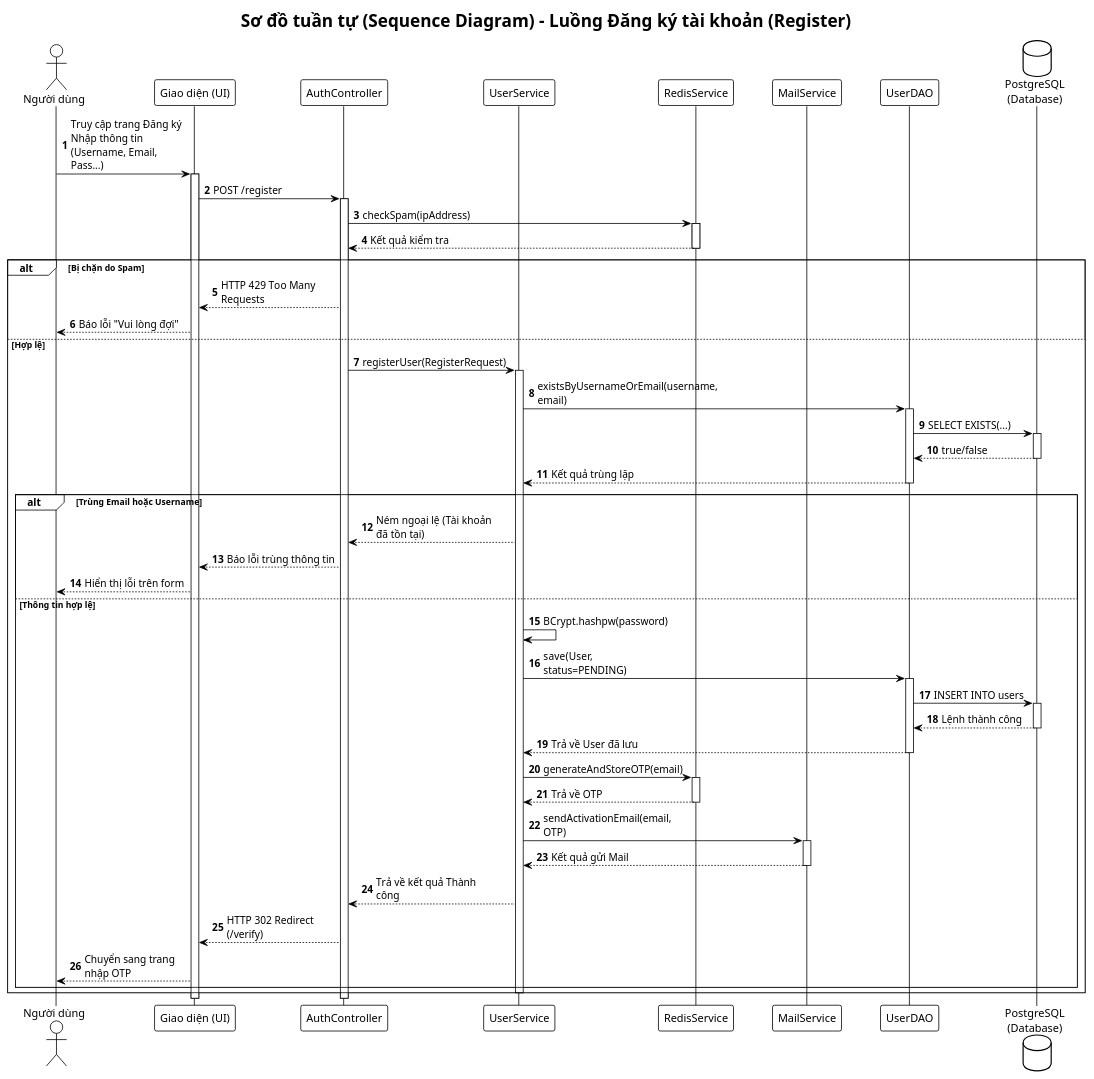
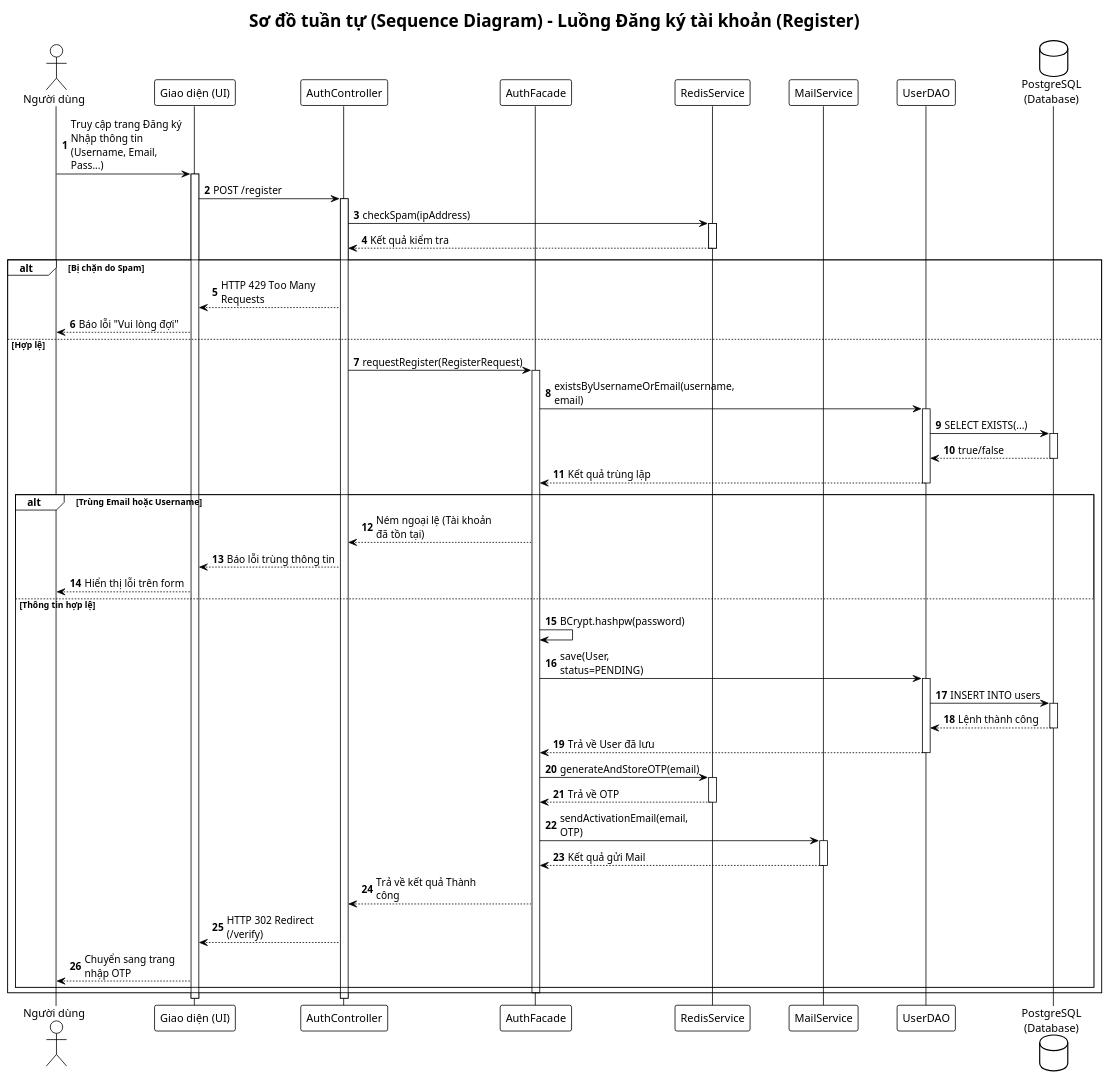
One commit to MunKwaii/AudioGear-ECommerce changed the diagram in uml/Account/sequence/sequence_register.puml. Above: the diagram before and after it, drawn with PlantUML.

Commit message:
Use AuthFacade instead of UserService in register sequence
Replace the "UserService" participant with "AuthFacade" in uml/Account/sequence/sequence_register.puml and update all message flows to target the Facade. Controller now calls requestRegister(...) (was registerUser), and subsequent DAO, Redis, and Mail interactions, as well as internal steps like BCrypt hashing, saving the user, OTP generation, and sending activation email, are shown as handled by the AuthFacade. Lifelines/activations and exception/redirect branches were adjusted to reflect the facade-centered registration flow.

```diff
--- a/uml/Account/sequence/sequence_register.puml
+++ b/uml/Account/sequence/sequence_register.puml
@@ -1,81 +1,81 @@
 @startuml
 !theme plain
 autonumber
 skinparam maxMessageSize 150
 skinparam ParticipantPadding 20
 skinparam BoxPadding 10
 
 title Sơ đồ tuần tự (Sequence Diagram) - Luồng Đăng ký tài khoản (Register)
 
 actor "Người dùng" as Guest
 participant "Giao diện (UI)" as UI
 participant "AuthController" as Controller
-participant "UserService" as Service
+participant "AuthFacade" as Facade
 participant "RedisService" as Redis
 participant "MailService" as Mail
 participant "UserDAO" as DAO
 database "PostgreSQL\n(Database)" as DB
 
 Guest -> UI : Truy cập trang Đăng ký\nNhập thông tin (Username, Email, Pass...)
 activate UI
 
 UI -> Controller : POST /register
 activate Controller
 
 Controller -> Redis : checkSpam(ipAddress)
 activate Redis
 Redis --> Controller : Kết quả kiểm tra
 deactivate Redis
 
 alt Bị chặn do Spam
     Controller --> UI : HTTP 429 Too Many Requests
     UI --> Guest : Báo lỗi "Vui lòng đợi"
 else Hợp lệ
-    Controller -> Service : registerUser(RegisterRequest)
-    activate Service
+    Controller -> Facade : requestRegister(RegisterRequest)
+    activate Facade
 
-    Service -> DAO : existsByUsernameOrEmail(username, email)
+    Facade -> DAO : existsByUsernameOrEmail(username, email)
     activate DAO
     DAO -> DB : SELECT EXISTS(...)
     activate DB
     DB --> DAO : true/false
     deactivate DB
-    DAO --> Service : Kết quả trùng lặp
+    DAO --> Facade : Kết quả trùng lặp
     deactivate DAO
 
     alt Trùng Email hoặc Username
-        Service --> Controller : Ném ngoại lệ (Tài khoản đã tồn tại)
+        Facade --> Controller : Ném ngoại lệ (Tài khoản đã tồn tại)
         Controller --> UI : Báo lỗi trùng thông tin
         UI --> Guest : Hiển thị lỗi trên form
     else Thông tin hợp lệ
-        Service -> Service : BCrypt.hashpw(password)
-        Service -> DAO : save(User, status=PENDING)
+        Facade -> Facade : BCrypt.hashpw(password)
+        Facade -> DAO : save(User, status=PENDING)
         activate DAO
         DAO -> DB : INSERT INTO users
         activate DB
         DB --> DAO : Lệnh thành công
         deactivate DB
-        DAO --> Service : Trả về User đã lưu
+        DAO --> Facade : Trả về User đã lưu
         deactivate DAO
 
-        Service -> Redis : generateAndStoreOTP(email)
+        Facade -> Redis : generateAndStoreOTP(email)
         activate Redis
-        Redis --> Service : Trả về OTP
+        Redis --> Facade : Trả về OTP
         deactivate Redis
 
-        Service -> Mail : sendActivationEmail(email, OTP)
+        Facade -> Mail : sendActivationEmail(email, OTP)
         activate Mail
-        Mail --> Service : Kết quả gửi Mail
+        Mail --> Facade : Kết quả gửi Mail
         deactivate Mail
 
-        Service --> Controller : Trả về kết quả Thành công
+        Facade --> Controller : Trả về kết quả Thành công
         Controller --> UI : HTTP 302 Redirect (/verify)
         UI --> Guest : Chuyển sang trang nhập OTP
     end
-    deactivate Service
+    deactivate Facade
 end
 
 deactivate Controller
 deactivate UI
 
 @enduml
```
